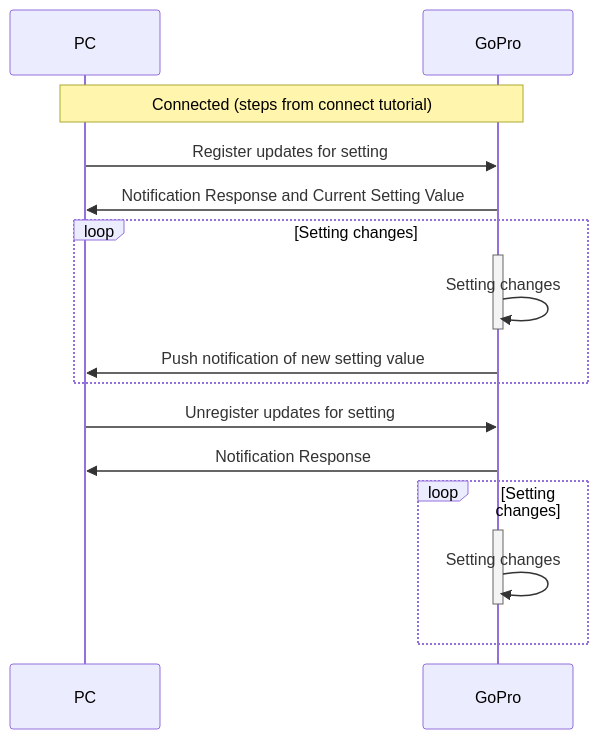
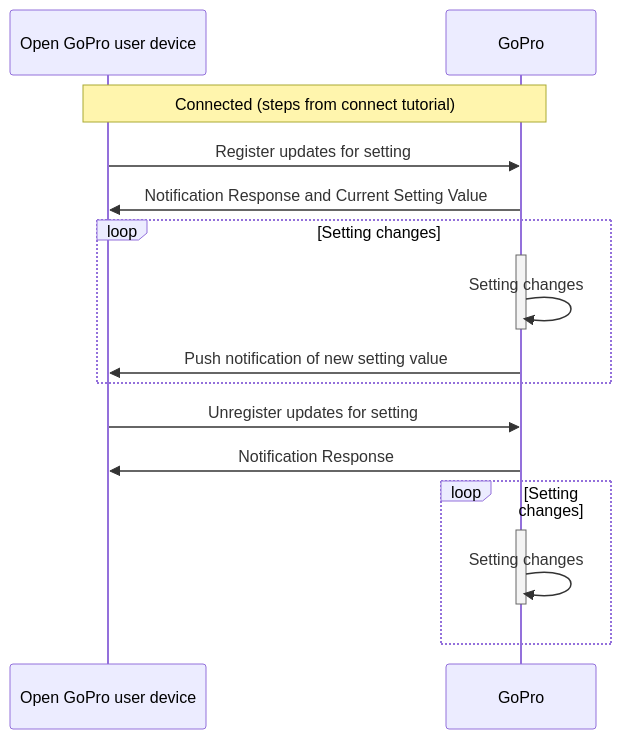
Before and after one commit to gopro/OpenGoPro: the second of 2 diagrams in docs/tutorials/_python-tutorials/tutorial_4_ble_queries.md, drawn with Mermaid. The commit also changed other lines of this file and 6 other files, not shown here.

Commit message:
Update client name in mermaid diagrams

````diff
--- a/docs/tutorials/_python-tutorials/tutorial_4_ble_queries.md
+++ b/docs/tutorials/_python-tutorials/tutorial_4_ble_queries.md
@@ -270,19 +272,21 @@
 ```mermaid!
 sequenceDiagram
+  participant PC as Open GoPro user device
+  participant GoPro
   note over PC, GoPro: Connected (steps from connect tutorial)
   PC ->> GoPro: Register updates for setting
   GoPro ->> PC: Notification Response and Current Setting Value
   loop Setting changes
     activate GoPro
       GoPro ->> GoPro: Setting changes
     deactivate GoPro
     GoPro ->> PC: Push notification of new setting value
   end
   PC ->> GoPro: Unregister updates for setting
   GoPro ->> PC: Notification Response
   loop Setting changes
     activate GoPro
         GoPro ->> GoPro: Setting changes
     deactivate GoPro
   end
 ```
````
